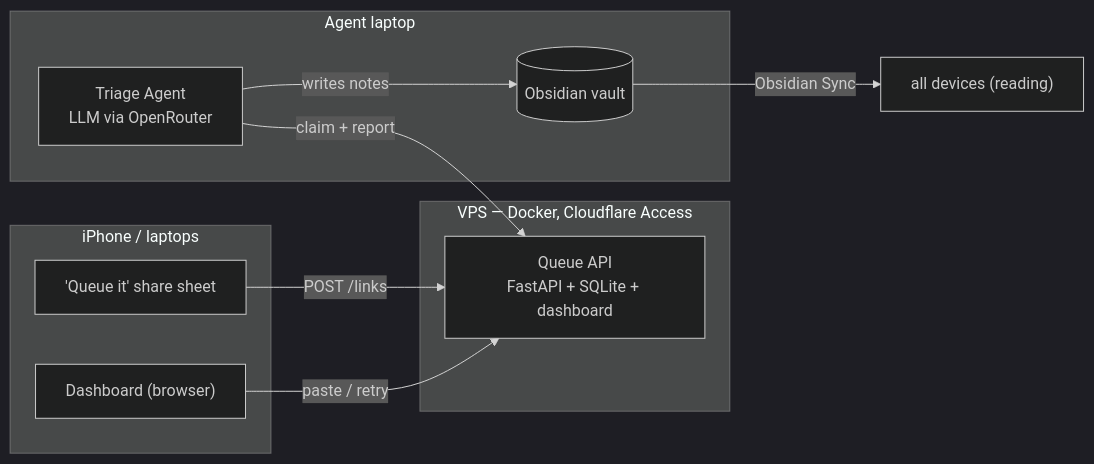
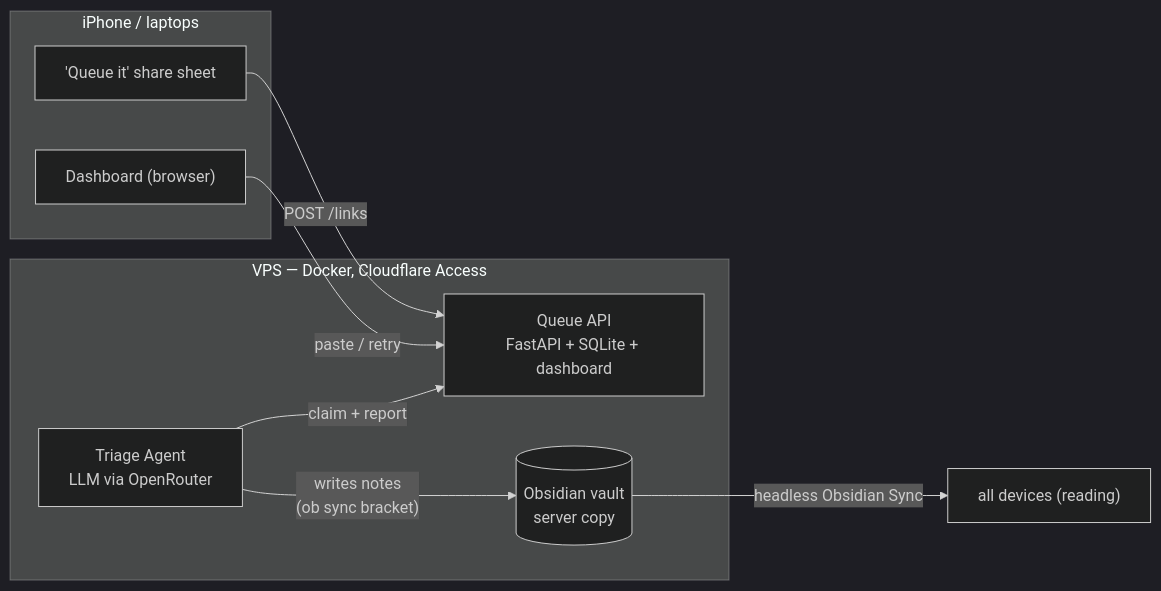
One commit to palsagar/obsidian-linkqueue changed the diagram in README.md. Above: the diagram before and after it, drawn with Mermaid (dark theme). The commit also changed other lines of this file and 19 other files, not shown here.

First line of the commit message:
Move the Triage Agent server-side with headless Obsidian Sync (ADR 0005)

````diff
--- a/README.md
+++ b/README.md
@@ -7,21 +7,19 @@
 ```mermaid
 flowchart LR
     subgraph capture["iPhone / laptops"]
         S["'Queue it' share sheet"]
         H["Dashboard (browser)"]
     end
     subgraph vps["VPS — Docker, Cloudflare Access"]
         Q["Queue API<br/>FastAPI + SQLite + dashboard"]
-    end
-    subgraph laptop["Agent laptop"]
         A["Triage Agent<br/>LLM via OpenRouter"]
-        V[("Obsidian vault")]
+        V[("Obsidian vault<br/>server copy")]
     end
     D["all devices (reading)"]
 
     S -- "POST /links" --> Q
     H -- "paste / retry" --> Q
     A -- "claim + report" --> Q
-    A -- "writes notes" --> V
-    V -- "Obsidian Sync" --> D
+    A -- "writes notes<br/>(ob sync bracket)" --> V
+    V -- "headless Obsidian Sync" --> D
 ```
````
